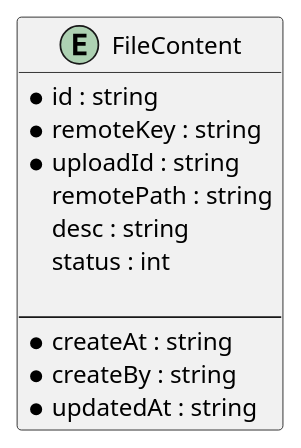
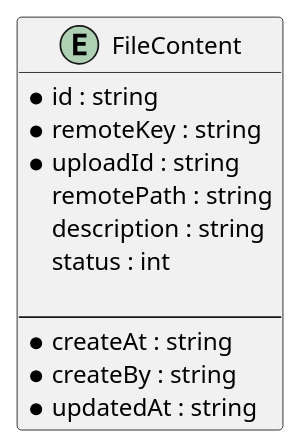
The diagram in erd.puml (jintto-couple/haminimi-family-photo-backend-service), drawn with PlantUML before and after one commit. The commit also changed 15 other files, not shown here.

```diff
--- a/erd.puml
+++ b/erd.puml
@@ -1,18 +1,18 @@
 @startuml
 'https://plantuml.com/component-diagram
 
 entity FileContent {
-* id : string
-* remoteKey : string
-* uploadId : string
-remotePath : string
-desc : string
-status : int
+    * id : string
+    * remoteKey : string
+    * uploadId : string
+    remotePath : string
+    description : string
+    status : int
 
---
-* createAt : string
-* createBy : string
-* updatedAt : string
+    --
+    * createAt : string
+    * createBy : string
+    * updatedAt : string
 }
 
 @enduml
```
